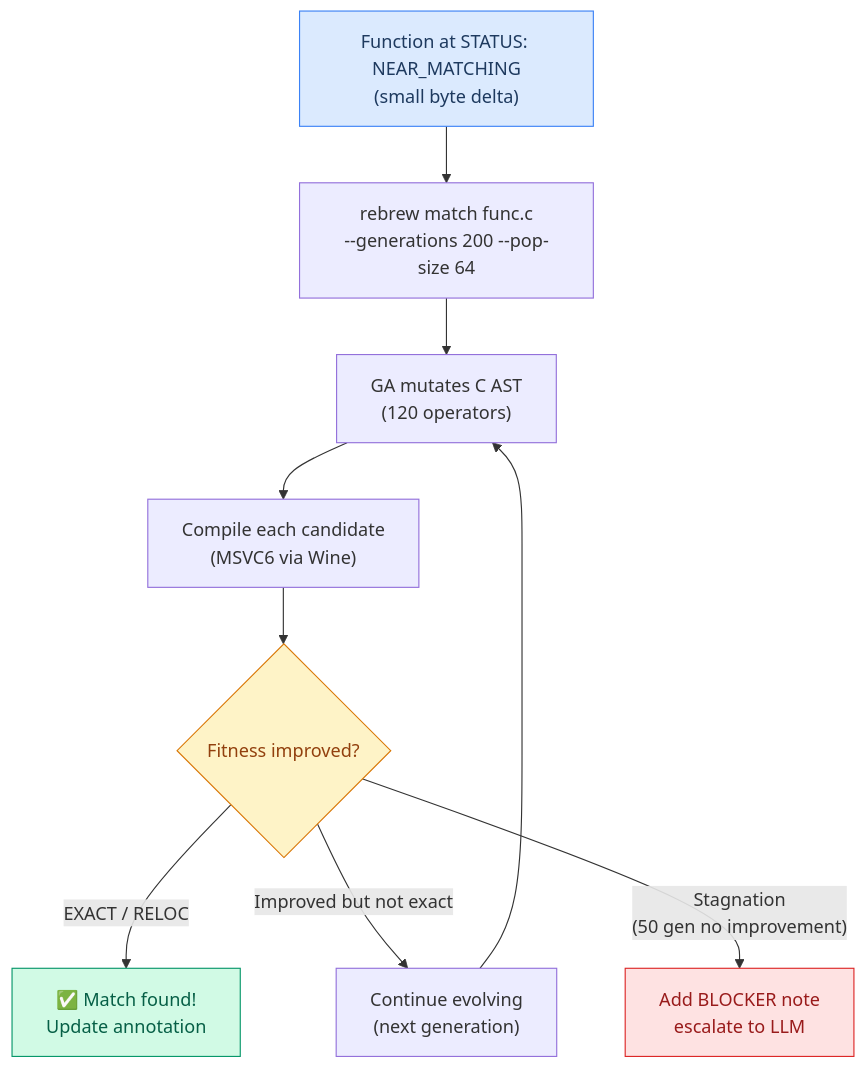
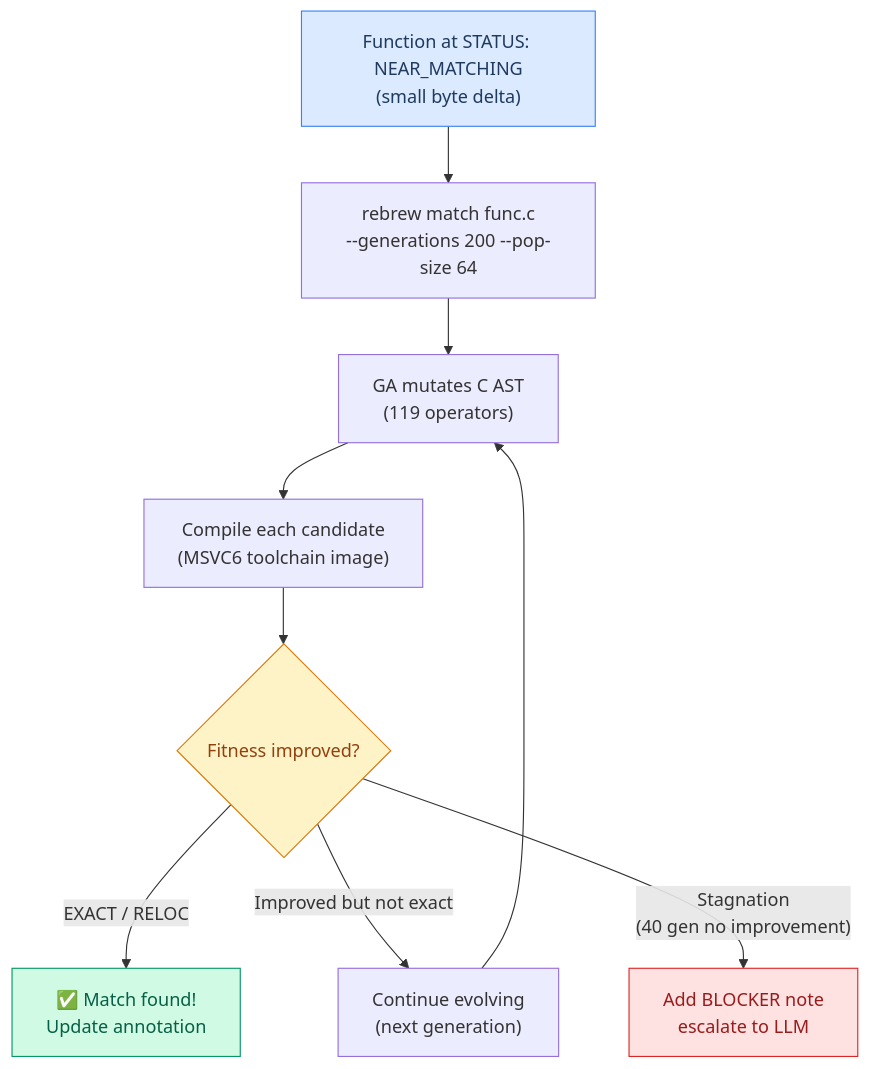
One commit to maci0/rebrew changed the fifth of 16 diagrams in docs/USER_STORIES.md. Above: the diagram before and after it, drawn with Mermaid. The commit also changed 13 other files, not shown here.

````diff
--- a/docs/USER_STORIES.md
+++ b/docs/USER_STORIES.md
@@ -152,16 +152,16 @@
 ```mermaid
 graph TD
     A["Function at STATUS: NEAR_MATCHING<br/>(small byte delta)"] --> B["rebrew match func.c<br/>--generations 200 --pop-size 64"]
-    B --> C["GA mutates C AST<br/>(120 operators)"]
-    C --> D["Compile each candidate<br/>(MSVC6 via Wine)"]
+    B --> C["GA mutates C AST<br/>(119 operators)"]
+    C --> D["Compile each candidate<br/>(MSVC6 toolchain image)"]
     D --> E{"Fitness improved?"}
     E -->|"EXACT / RELOC"| F["✅ Match found!<br/>Update annotation"]
     E -->|"Improved but not exact"| G["Continue evolving<br/>(next generation)"]
-    E -->|"Stagnation<br/>(50 gen no improvement)"| H["Add BLOCKER note<br/>escalate to LLM"]
+    E -->|"Stagnation<br/>(40 gen no improvement)"| H["Add BLOCKER note<br/>escalate to LLM"]
     G --> C
 
     style A fill:#dbeafe,stroke:#3b82f6,color:#1e3a5f
     style F fill:#d1fae5,stroke:#059669,color:#065f46
     style H fill:#fee2e2,stroke:#dc2626,color:#991b1b
     style E fill:#fef3c7,stroke:#d97706,color:#92400e
 ```
````
